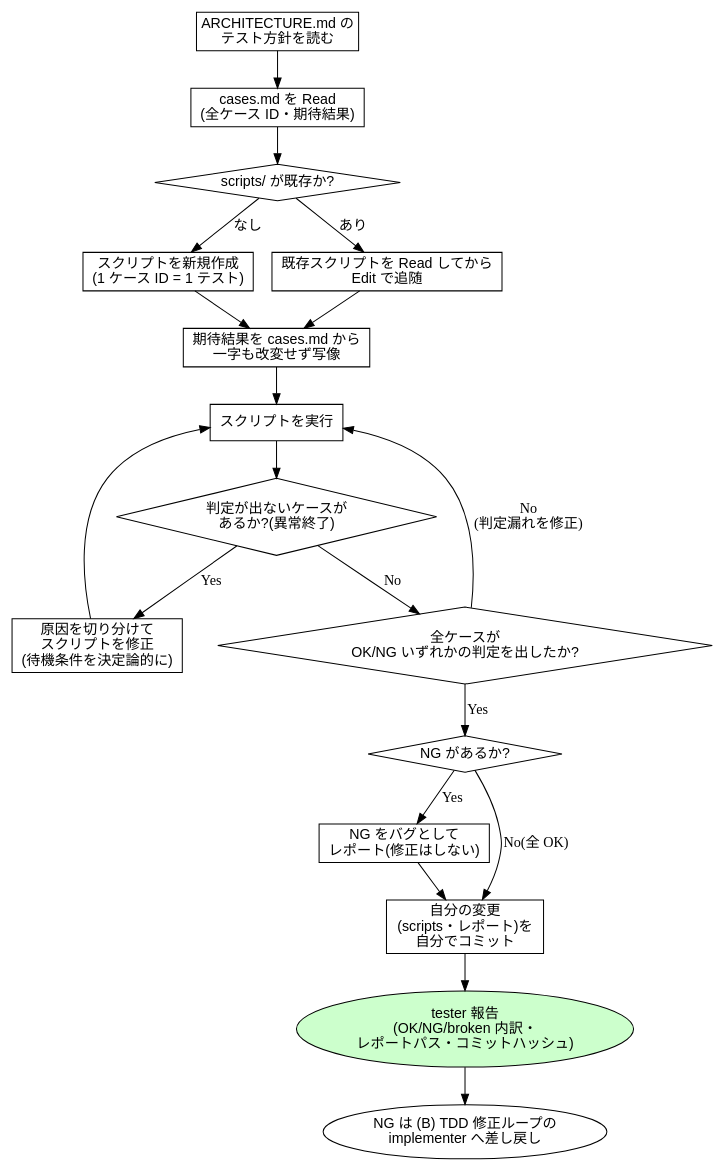
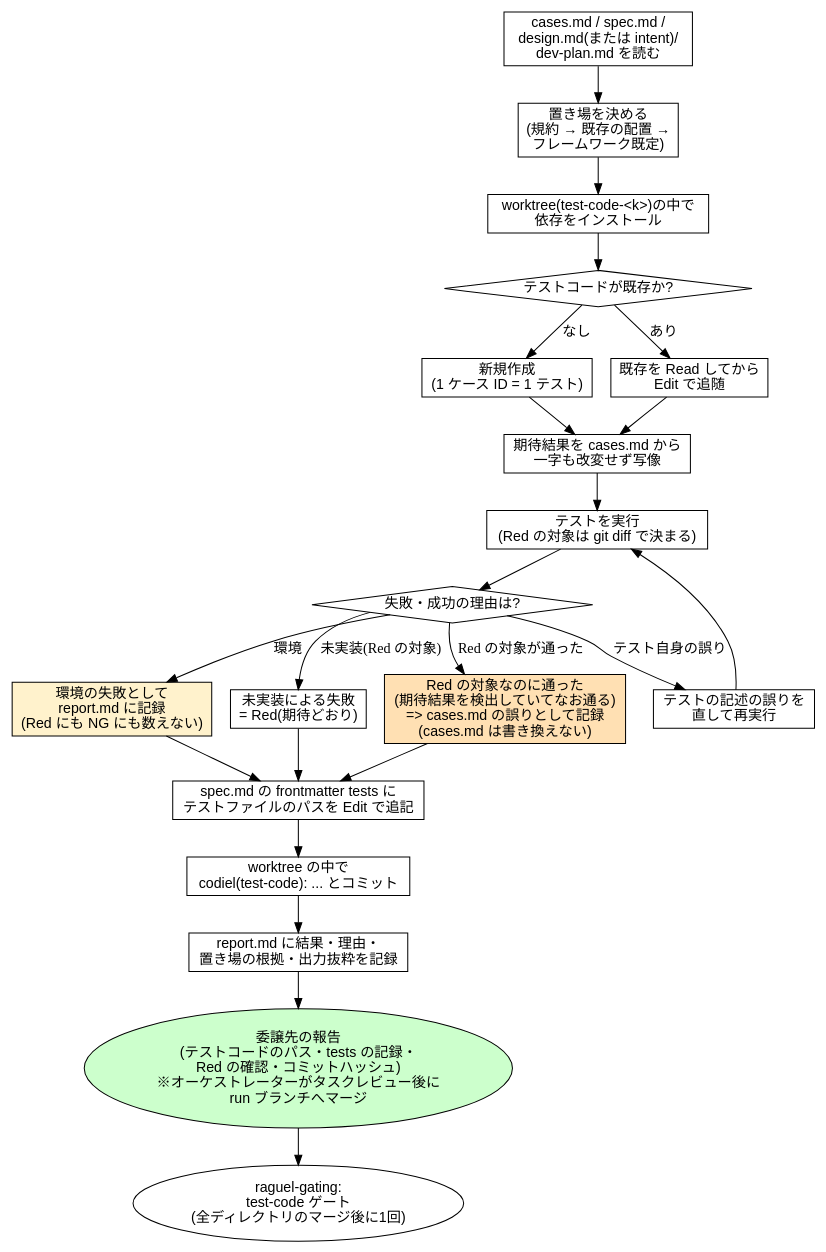
One commit to Amatsuka-kobo/amatsuka-claude-plugins changed the seventh of 15 diagrams in plugins/codiel/docs/skill-flowcharts.md. Above: the diagram before and after it, drawn with Graphviz. The commit also changed other lines of this file and 66 other files, not shown here.

````diff
--- a/plugins/codiel/docs/skill-flowcharts.md
+++ b/plugins/codiel/docs/skill-flowcharts.md
@@ -248,38 +254,41 @@
 ```dot
 digraph scripting_tests {
   rankdir=TB;
   node [fontname="sans-serif"];
 
-  read_arch [label="ARCHITECTURE.md の\nテスト方針を読む", shape=box];
-  read_cases [label="cases.md を Read\n(全ケース ID・期待結果)", shape=box];
-  exists [label="scripts/ が既存か?", shape=diamond];
-  create [label="スクリプトを新規作成\n(1 ケース ID = 1 テスト)", shape=box];
-  update [label="既存スクリプトを Read してから\nEdit で追随", shape=box];
+  read_inputs [label="cases.md / spec.md /\ndesign.md(または intent)/\ndev-plan.md を読む", shape=box];
+  decide_place [label="置き場を決める\n(規約 → 既存の配置 →\nフレームワーク既定)", shape=box];
+  install [label="worktree(test-code-<k>)の中で\n依存をインストール", shape=box];
+  exists [label="テストコードが既存か?", shape=diamond];
+  create [label="新規作成\n(1 ケース ID = 1 テスト)", shape=box];
+  update [label="既存を Read してから\nEdit で追随", shape=box];
   map_expect [label="期待結果を cases.md から\n一字も改変せず写像", shape=box];
-  run [label="スクリプトを実行", shape=box];
-  broken [label="判定が出ないケースが\nあるか?(異常終了)", shape=diamond];
-  fix_script [label="原因を切り分けて\nスクリプトを修正\n(待機条件を決定論的に)", shape=box];
-  all_judged [label="全ケースが\nOK/NG いずれかの判定を出したか?", shape=diamond];
-  ng_found [label="NG があるか?", shape=diamond];
-  report_ng [label="NG をバグとして\nレポート(修正はしない)", shape=box];
-  commit [label="自分の変更\n(scripts・レポート)を\n自分でコミット", shape=box];
-  done [label="tester 報告\n(OK/NG/broken 内訳・\nレポートパス・コミットハッシュ)", shape=ellipse, style=filled, fillcolor="#ccffcc"];
-  handoff [label="NG は (B) TDD 修正ループの\nimplementer へ差し戻し", shape=ellipse];
+  run [label="テストを実行\n(Red の対象は git diff で決まる)", shape=box];
+  reason [label="失敗・成功の理由は?", shape=diamond];
+  env_fail [label="環境の失敗として\nreport.md に記録\n(Red にも NG にも数えない)", shape=box, style=filled, fillcolor="#fff2cc"];
+  test_bug [label="テストの記述の誤りを\n直して再実行", shape=box];
+  red_ok [label="未実装による失敗\n= Red(期待どおり)", shape=box];
+  cases_wrong [label="Red の対象なのに通った\n(期待結果を検出していてなお通る)\n=> cases.md の誤りとして記録\n(cases.md は書き換えない)", shape=box, style=filled, fillcolor="#ffe0b3"];
+  record_tests [label="spec.md の frontmatter tests に\nテストファイルのパスを Edit で追記", shape=box];
+  commit [label="worktree の中で\ncodiel(test-code): ... とコミット", shape=box];
+  report [label="report.md に結果・理由・\n置き場の根拠・出力抜粋を記録", shape=box];
+  done [label="委譲先の報告\n(テストコードのパス・tests の記録・\nRed の確認・コミットハッシュ)\n※オーケストレーターがタスクレビュー後に\nrun ブランチへマージ", shape=ellipse, style=filled, fillcolor="#ccffcc"];
+  gate [label="raguel-gating:\ntest-code ゲート\n(全ディレクトリのマージ後に1回)", shape=ellipse];
 
-  read_arch -> read_cases -> exists;
+  read_inputs -> decide_place -> install -> exists;
   exists -> create [label="なし"];
   exists -> update [label="あり"];
   create -> map_expect;
   update -> map_expect;
-  map_expect -> run -> broken;
-  broken -> fix_script [label="Yes"];
-  fix_script -> run;
-  broken -> all_judged [label="No"];
-  all_judged -> run [label="No\n(判定漏れを修正)"];
-  all_judged -> ng_found [label="Yes"];
-  ng_found -> report_ng [label="Yes"];
-  ng_found -> commit [label="No(全 OK)"];
-  report_ng -> commit;
-  commit -> done -> handoff;
+  map_expect -> run -> reason;
+  reason -> env_fail [label="環境"];
+  reason -> test_bug [label="テスト自身の誤り"];
+  reason -> red_ok [label="未実装(Red の対象)"];
+  reason -> cases_wrong [label="Red の対象が通った"];
+  test_bug -> run;
+  red_ok -> record_tests;
+  cases_wrong -> record_tests;
+  env_fail -> record_tests;
+  record_tests -> commit -> report -> done -> gate;
 }
 ```
````
